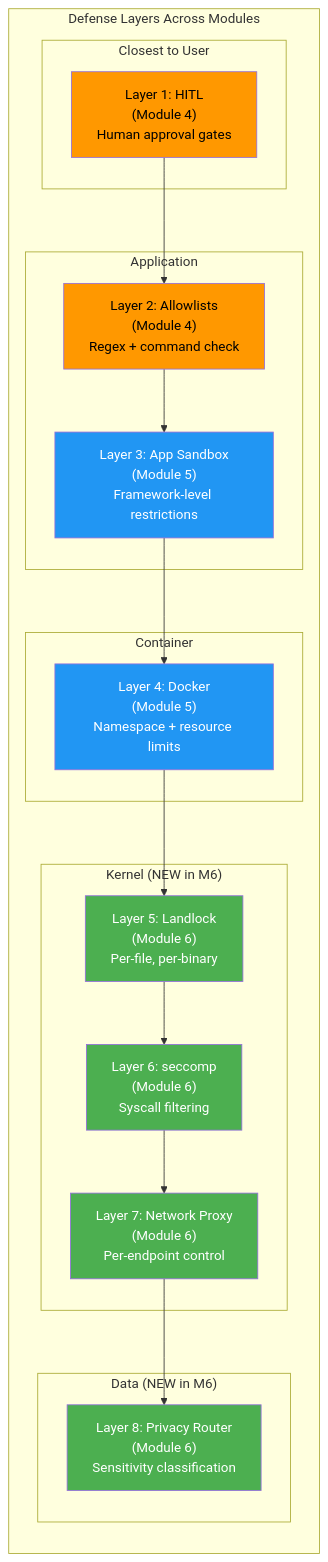
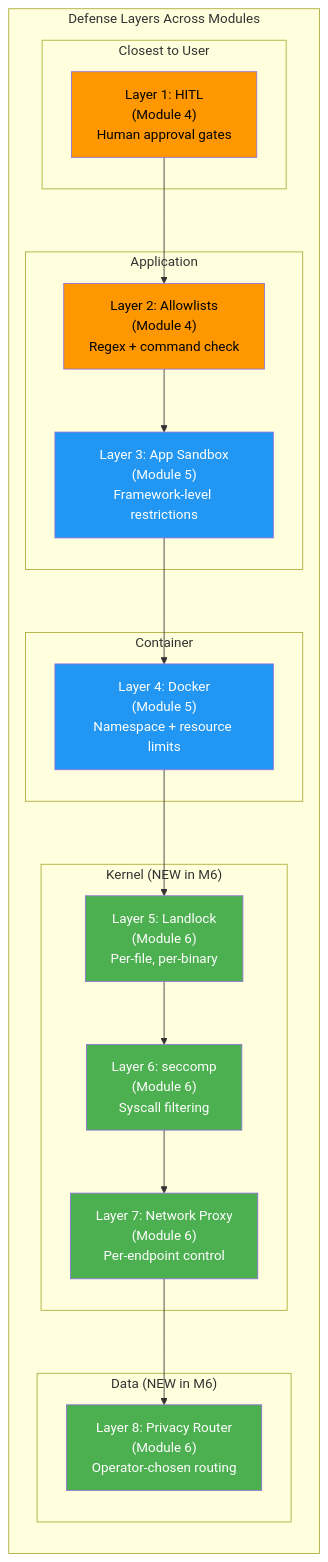
One commit to brevdev/workshop-build-an-agent changed the diagram in .devx/6-agent-safety/img/defense_layers_comparison.mmd. Above: the diagram before and after it, drawn with Mermaid. The commit also changed 3 other files, not shown here.

```diff
--- a/.devx/6-agent-safety/img/defense_layers_comparison.mmd
+++ b/.devx/6-agent-safety/img/defense_layers_comparison.mmd
@@ -1,38 +1,38 @@
 graph LR
     subgraph "Defense Layers Across Modules"
         direction TB
 
         subgraph "Closest to User"
             L1["Layer 1: HITL<br/>(Module 4)<br/>Human approval gates"]
         end
 
         subgraph "Application"
             L2["Layer 2: Allowlists<br/>(Module 4)<br/>Regex + command check"]
             L3["Layer 3: App Sandbox<br/>(Module 5)<br/>Framework-level restrictions"]
         end
 
         subgraph "Container"
             L4["Layer 4: Docker<br/>(Module 5)<br/>Namespace + resource limits"]
         end
 
         subgraph "Kernel (NEW in M6)"
             L5["Layer 5: Landlock<br/>(Module 6)<br/>Per-file, per-binary"]
             L6["Layer 6: seccomp<br/>(Module 6)<br/>Syscall filtering"]
             L7["Layer 7: Network Proxy<br/>(Module 6)<br/>Per-endpoint control"]
         end
 
         subgraph "Data (NEW in M6)"
-            L8["Layer 8: Privacy Router<br/>(Module 6)<br/>Sensitivity classification"]
+            L8["Layer 8: Privacy Router<br/>(Module 6)<br/>Operator-chosen routing"]
         end
     end
 
     L1 --> L2 --> L3 --> L4 --> L5 --> L6 --> L7 --> L8
 
     style L1 fill:#ff9800,color:#000
     style L2 fill:#ff9800,color:#000
     style L3 fill:#2196f3,color:#fff
     style L4 fill:#2196f3,color:#fff
     style L5 fill:#4caf50,color:#fff
     style L6 fill:#4caf50,color:#fff
     style L7 fill:#4caf50,color:#fff
     style L8 fill:#4caf50,color:#fff
```
